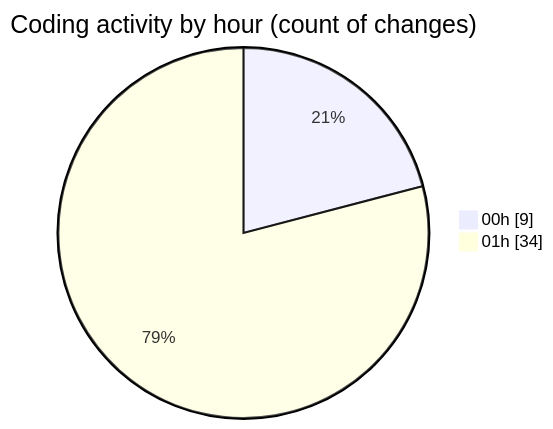
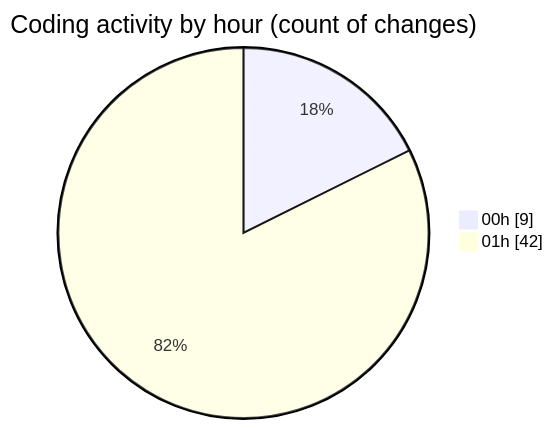
One commit to julien-gomy/code-tracking changed the second of 2 diagrams in 2025-11-18/eventscop-frontend-guide__workspace_/README.md. Above: the diagram before and after it, drawn with Mermaid. The commit also changed other lines of this file and 1 other file, not shown here.

````diff
--- a/2025-11-18/eventscop-frontend-guide__workspace_/README.md
+++ b/2025-11-18/eventscop-frontend-guide__workspace_/README.md
@@ -36,6 +36,6 @@
 ```mermaid
 pie showData
 title Coding activity by hour (count of changes)
 "00h" : 9
-"01h" : 34
+"01h" : 42
 ```
````
